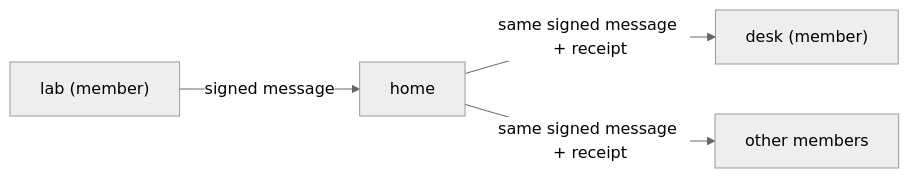
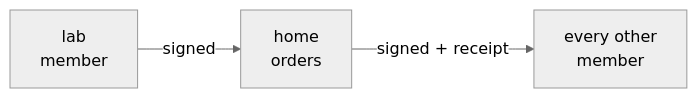
One commit to meefs/moltnet changed the diagram in website/src/content/docs/guides/shared-rooms.md. Above: the diagram before and after it, drawn with Mermaid (neutral theme). The commit also changed other lines of this file and 3 other files, not shown here.

Commit message:
docs: show how agents connect without a node and tidy diagrams for small screens

```diff
--- a/website/src/content/docs/guides/shared-rooms.md
+++ b/website/src/content/docs/guides/shared-rooms.md
@@ -10,6 +11,5 @@
 <pre class="mermaid">
 flowchart LR
-  lab["lab (member)"] -- "signed message" --> home["home"]
-  home -- "same signed message + receipt" --> desk["desk (member)"]
-  home -- "same signed message + receipt" --> lab2["other members"]
+  lab["lab<br>member"] -- "signed" --> home["home<br>orders"]
+  home -- "signed + receipt" --> members["every other<br>member"]
 </pre>
```
